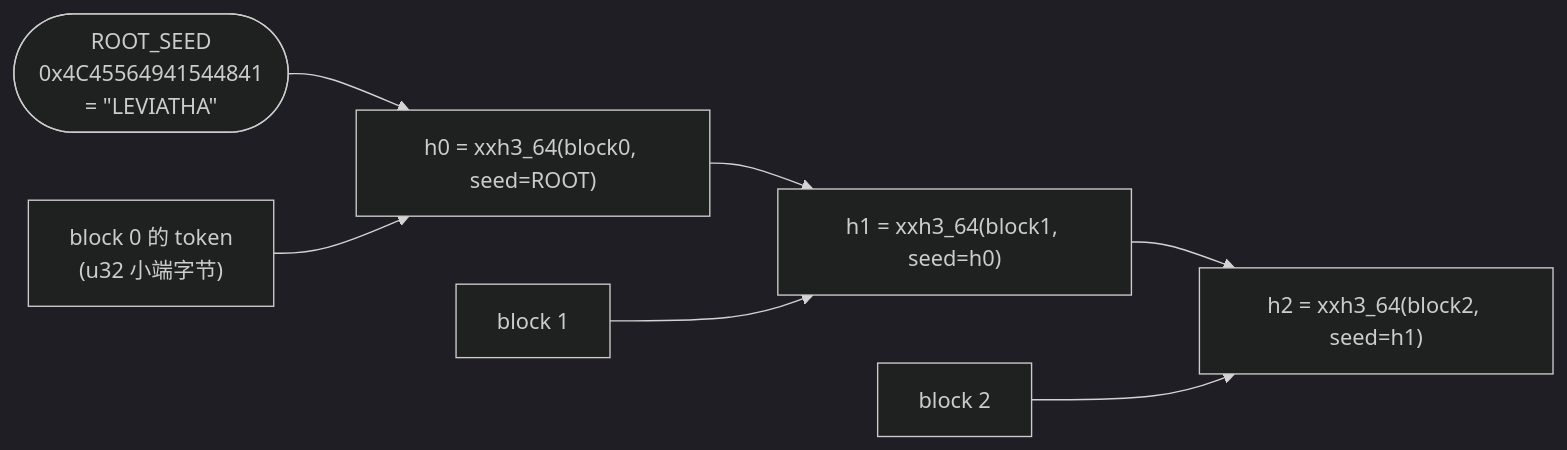
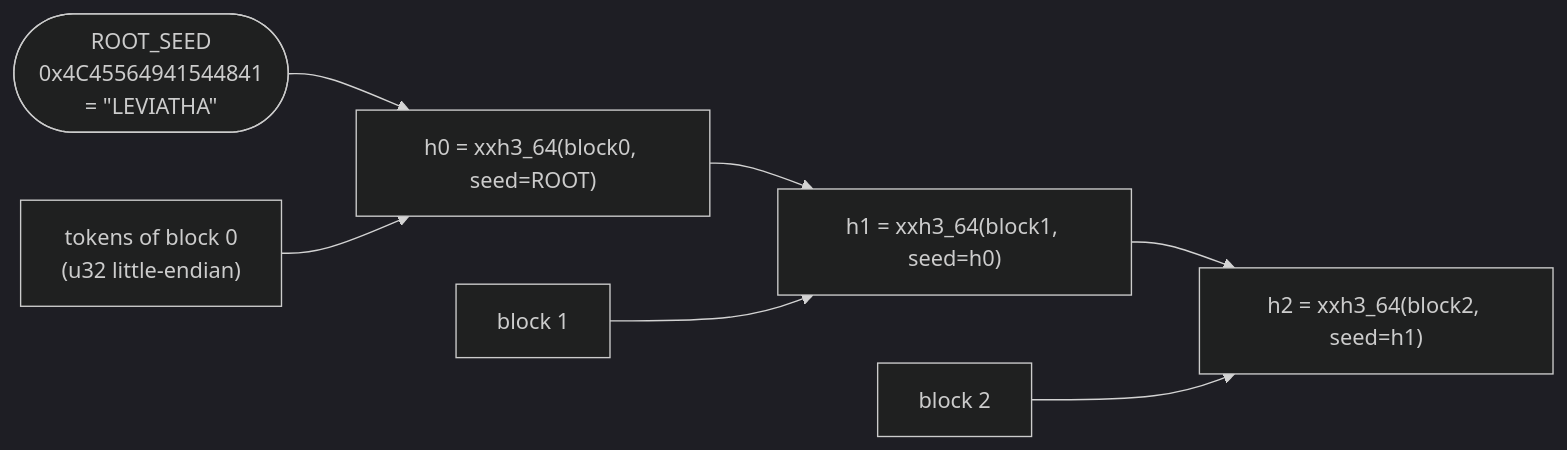
Before and after one commit to FufanLu/Inference-Framework-Agent-Based-on-DeepInfer: the first of 2 diagrams in docs/illustrated/03-prefix-index.md, drawn with Mermaid (dark theme). The commit also changed other lines of this file and 11 other files, not shown here.

````diff
--- a/docs/illustrated/03-prefix-index.md
+++ b/docs/illustrated/03-prefix-index.md
@@ -29,9 +29,9 @@
 ```mermaid
 flowchart LR
     S(["ROOT_SEED<br/>0x4C45564941544841<br/>= &quot;LEVIATHA&quot;"]) --> H0
-    B0["block 0 的 token<br/>(u32 小端字节)"] --> H0["h0 = xxh3_64(block0, seed=ROOT)"]
+    B0["tokens of block 0<br/>(u32 little-endian)"] --> H0["h0 = xxh3_64(block0, seed=ROOT)"]
     H0 --> H1["h1 = xxh3_64(block1, seed=h0)"]
     B1["block 1"] --> H1
     H1 --> H2["h2 = xxh3_64(block2, seed=h1)"]
     B2["block 2"] --> H2
 ```
````
